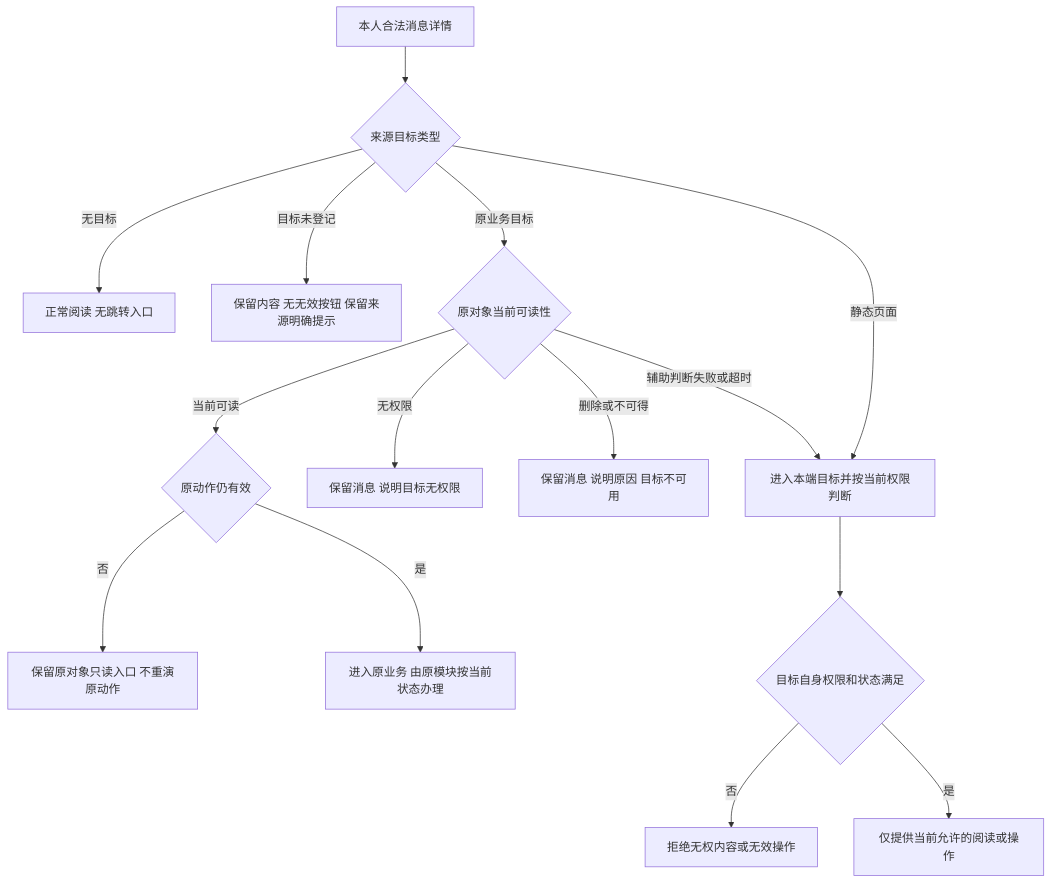
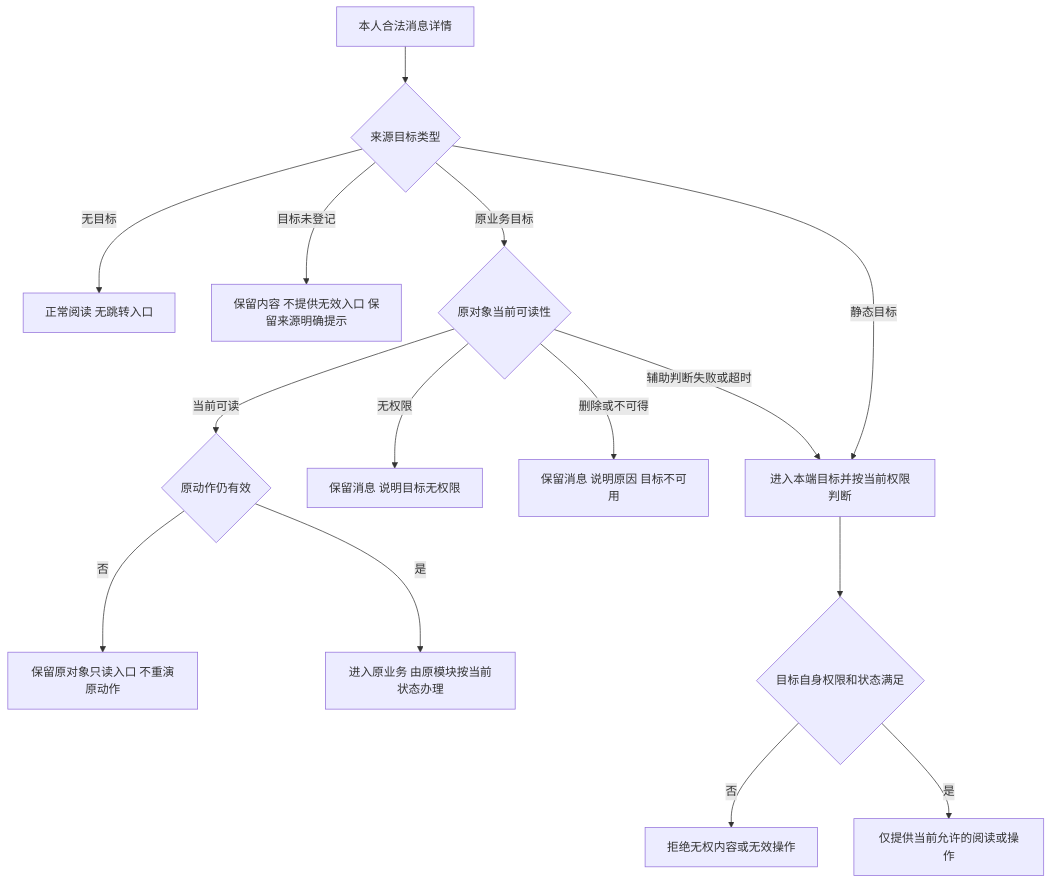
One commit to wxblockchain/Chain-Financing changed the third of 7 diagrams in lending-platform/PRD/v1.0-运营端消息通知/02-运营端消息通知-流程图与状态机.md. Above: the diagram before and after it, drawn with Mermaid. The commit also changed other lines of this file and 4 other files, not shown here.

````diff
--- a/lending-platform/PRD/v1.0-运营端消息通知/02-运营端消息通知-流程图与状态机.md
+++ b/lending-platform/PRD/v1.0-运营端消息通知/02-运营端消息通知-流程图与状态机.md
@@ -74,17 +74,17 @@
 ```mermaid
 flowchart TD
     A[本人合法消息详情] --> B{来源目标类型}
     B -->|无目标| C[正常阅读 无跳转入口]
-    B -->|目标未登记| D[保留内容 无无效按钮 保留来源明确提示]
-    B -->|静态页面| E[进入本端目标并按当前权限判断]
+    B -->|目标未登记| D[保留内容 不提供无效入口 保留来源明确提示]
+    B -->|静态目标| E[进入本端目标并按当前权限判断]
     B -->|原业务目标| F{原对象当前可读性}
     F -->|无权限| G[保留消息 说明目标无权限]
     F -->|删除或不可得| H[保留消息 说明原因 目标不可用]
     F -->|辅助判断失败或超时| E
     F -->|当前可读| I{原动作仍有效}
     I -->|否| J[保留原对象只读入口 不重演原动作]
     I -->|是| K[进入原业务 由原模块按当前状态办理]
     E --> L{目标自身权限和状态满足}
     L -->|否| M[拒绝无权内容或无效操作]
     L -->|是| N[仅提供当前允许的阅读或操作]
 ```
````
